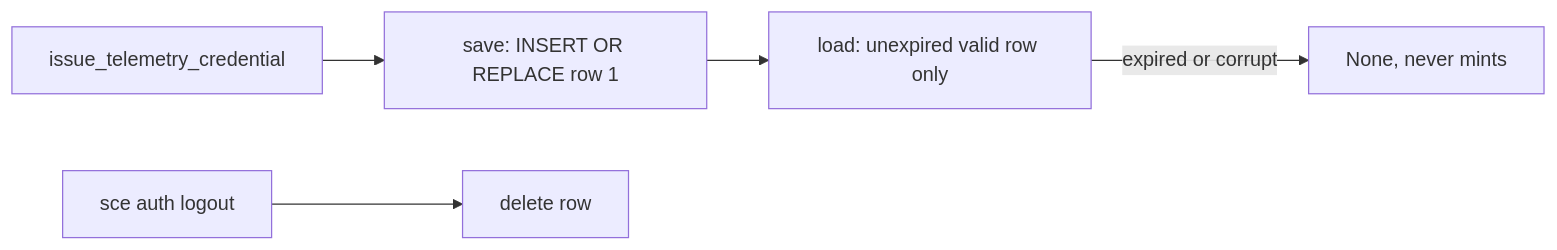
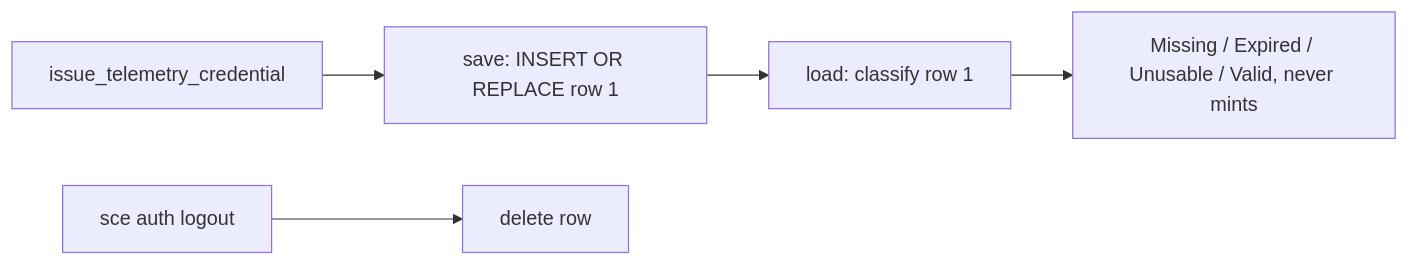
One commit to crocoder-dev/shared-context-engineering changed the diagram in context/sce/telemetry-credential.md. Above: the diagram before and after it, drawn with Mermaid. The commit also changed other lines of this file and 5 other files, not shown here.

First line of the commit message:
runtime+storage: Classify telemetry credential lookup outcomes

````diff
--- a/context/sce/telemetry-credential.md
+++ b/context/sce/telemetry-credential.md
@@ -15,7 +15,7 @@
 ```mermaid
 flowchart LR
     Issue[issue_telemetry_credential] --> Save[save: INSERT OR REPLACE row 1]
-    Save --> Load[load: unexpired valid row only]
-    Load -->|expired or corrupt| None[None, never mints]
+    Save --> Load[load: classify row 1]
+    Load --> Lookup[Missing / Expired / Unusable / Valid, never mints]
     Logout[sce auth logout] --> Delete[delete row]
 ```
````
